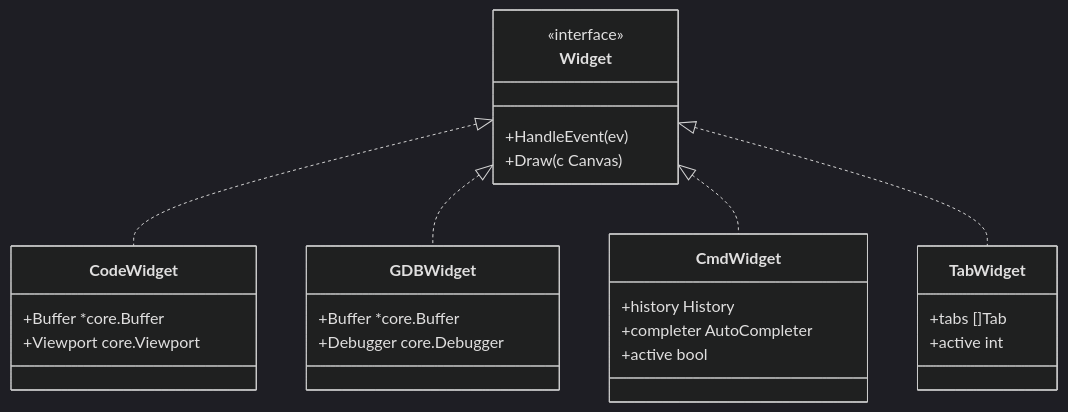
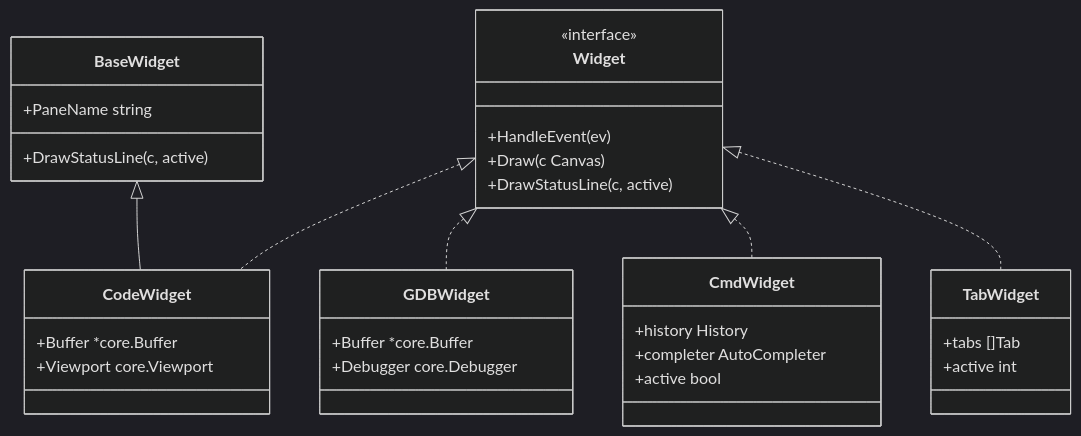
Before and after one commit to yairgd/gdbforge: the first of 7 diagrams in docs/UI_ARCHITECTURE.md, drawn with Mermaid (dark theme). The commit also changed other lines of this file and 7 other files, not shown here.

````diff
--- a/docs/UI_ARCHITECTURE.md
+++ b/docs/UI_ARCHITECTURE.md
@@ -58,36 +59,43 @@
 ```mermaid
 classDiagram
     direction TB
 
     class Widget {
         <<interface>>
         +HandleEvent(ev)
         +Draw(c Canvas)
+        +DrawStatusLine(c, active)
+    }
+
+    class BaseWidget {
+        +PaneName string
+        +DrawStatusLine(c, active)
     }
 
     class CodeWidget {
         +Buffer *core.Buffer
         +Viewport core.Viewport
     }
 
     class GDBWidget {
         +Buffer *core.Buffer
         +Debugger core.Debugger
     }
 
     class CmdWidget {
         +history History
         +completer AutoCompleter
         +active bool
     }
 
     class TabWidget {
         +tabs []Tab
         +active int
     }
 
     Widget <|.. CodeWidget
     Widget <|.. GDBWidget
     Widget <|.. CmdWidget
     Widget <|.. TabWidget
+    BaseWidget <|-- CodeWidget
 ```
````
